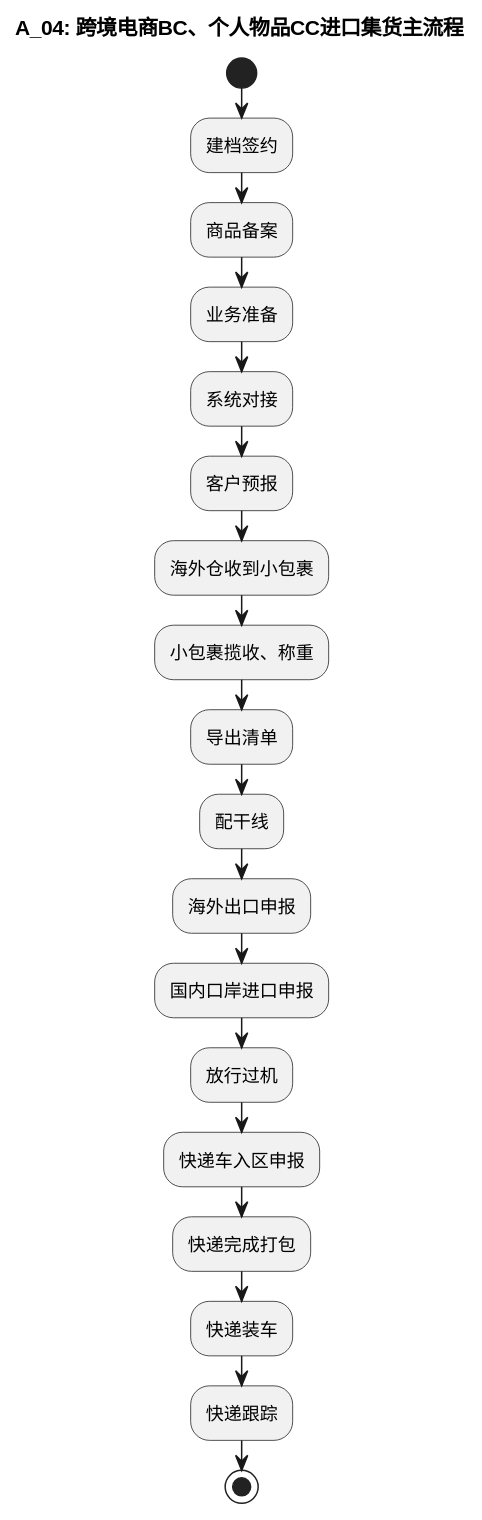
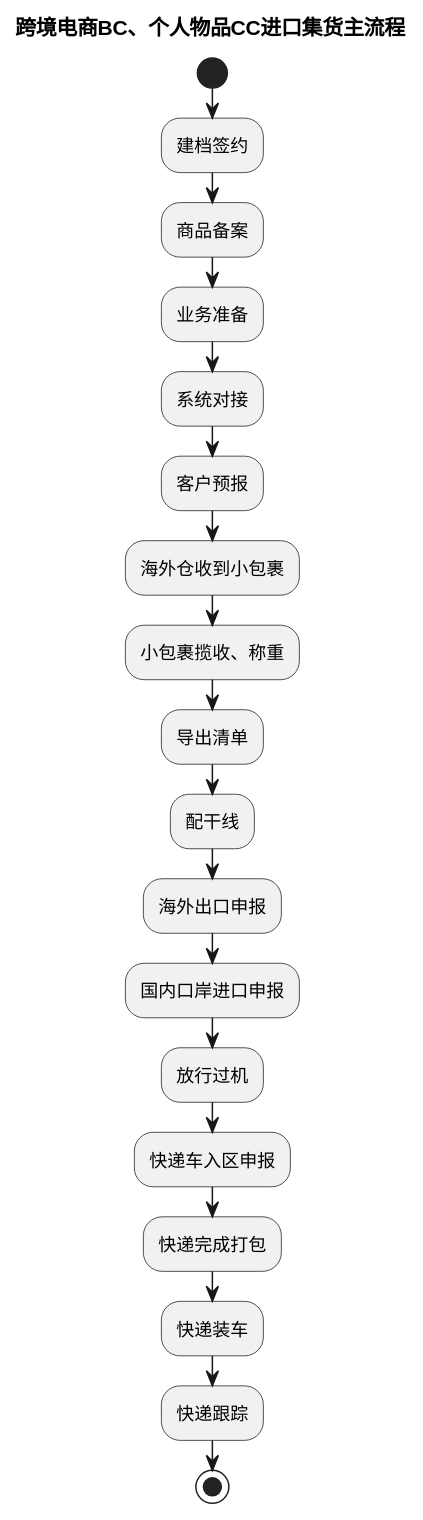
One commit to jack888332/projects-doc changed the fifth of 6 diagrams in product-caliber/goldjet/segmented-prd/mainflow/PRD.高捷物流系统一期.主流程.01.业务模式主流程总览.md. Above: the diagram before and after it, drawn with PlantUML. The commit also changed other lines of this file and 59 other files, not shown here.

````diff
--- a/product-caliber/goldjet/segmented-prd/mainflow/PRD.高捷物流系统一期.主流程.01.业务模式主流程总览.md
+++ b/product-caliber/goldjet/segmented-prd/mainflow/PRD.高捷物流系统一期.主流程.01.业务模式主流程总览.md
@@ -157,23 +140,23 @@
 ```plantuml
 @startuml
-title A_04: 跨境电商BC、个人物品CC进口集货主流程
+title 跨境电商BC、个人物品CC进口集货主流程
 start
 :建档签约;
 :商品备案;
 :业务准备;
 :系统对接;
 :客户预报;
 :海外仓收到小包裹;
 :小包裹揽收、称重;
 :导出清单;
 :配干线;
 :海外出口申报;
 :国内口岸进口申报;
 :放行过机;
 :快递车入区申报;
 :快递完成打包;
 :快递装车;
 :快递跟踪;
 stop
 @enduml
 ```
````
